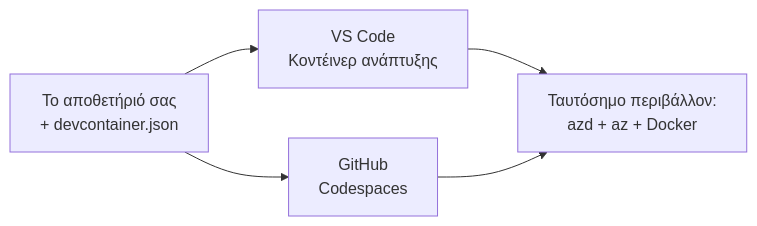
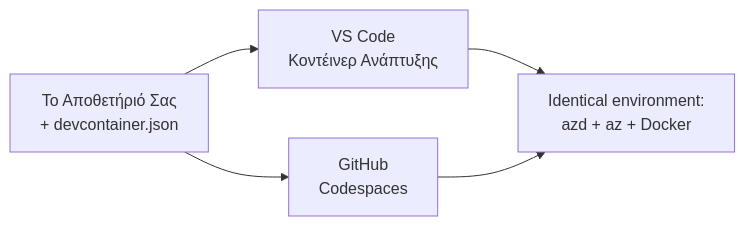
One commit to microsoft/AZD-for-beginners changed the diagram in translations/el/docs/chapter-01-foundation/dev-containers.md. Above: the diagram before and after it, drawn with Mermaid. The commit also changed other lines of this file and 59 other files, not shown here.

````diff
--- a/translations/el/docs/chapter-01-foundation/dev-containers.md
+++ b/translations/el/docs/chapter-01-foundation/dev-containers.md
@@ -41,7 +41,7 @@
 ```mermaid
 graph LR
-    Repo[Το αποθετήριό σας<br/>+ devcontainer.json] --> VSCode[VS Code<br/>Κοντέινερ ανάπτυξης]
+    Repo[Το Αποθετήριό Σας<br/>+ devcontainer.json] --> VSCode[VS Code<br/>Κοντέινερ Ανάπτυξης]
     Repo --> Codespaces[GitHub<br/>Codespaces]
-    VSCode --> Env[Ταυτόσημο περιβάλλον:<br/>azd + az + Docker]
+    VSCode --> Env[Identical environment:<br/>azd + az + Docker]
     Codespaces --> Env
 ```
````
